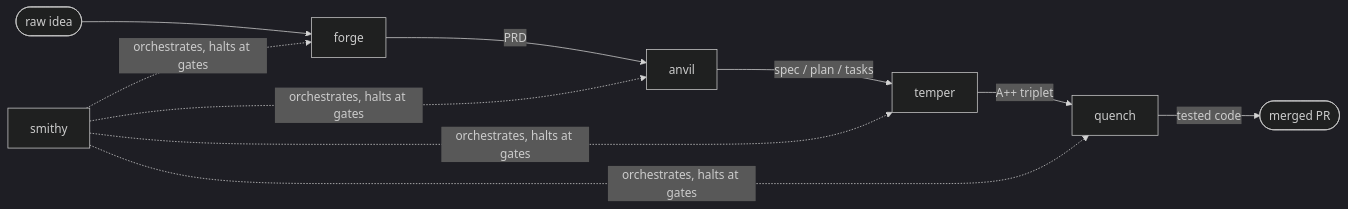
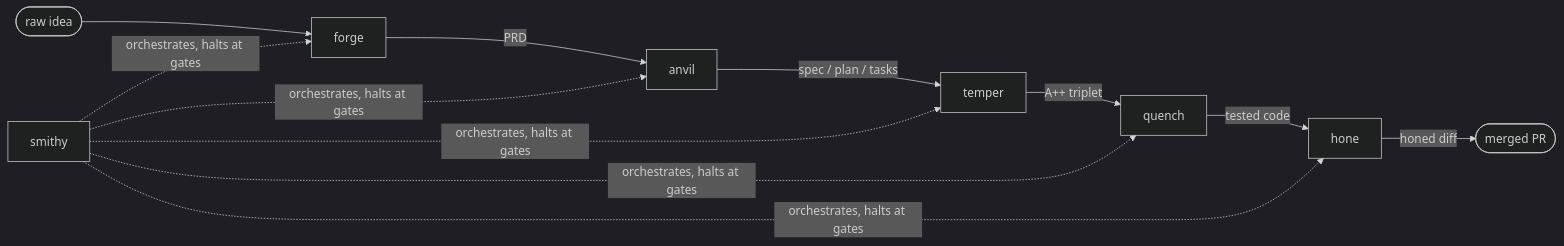
The diagram in README.md (forkrul/damascus_development), drawn with Mermaid (dark theme) before and after one commit. The commit also changed other lines of this file and 17 other files, not shown here.

First line of the commit message:
Harden the pipeline with evidence-based quality gates and a hone stage

````diff
--- a/README.md
+++ b/README.md
@@ -17,9 +18,10 @@
 ```mermaid
 flowchart LR
     idea([raw idea]) --> forge
     forge -->|PRD| anvil
     anvil -->|spec / plan / tasks| temper
     temper -->|A++ triplet| quench
-    quench -->|tested code| done([merged PR])
-    smithy -.orchestrates, halts at gates.-> forge & anvil & temper & quench
+    quench -->|tested code| hone
+    hone -->|honed diff| done([merged PR])
+    smithy -.orchestrates, halts at gates.-> forge & anvil & temper & quench & hone
 ```
````
